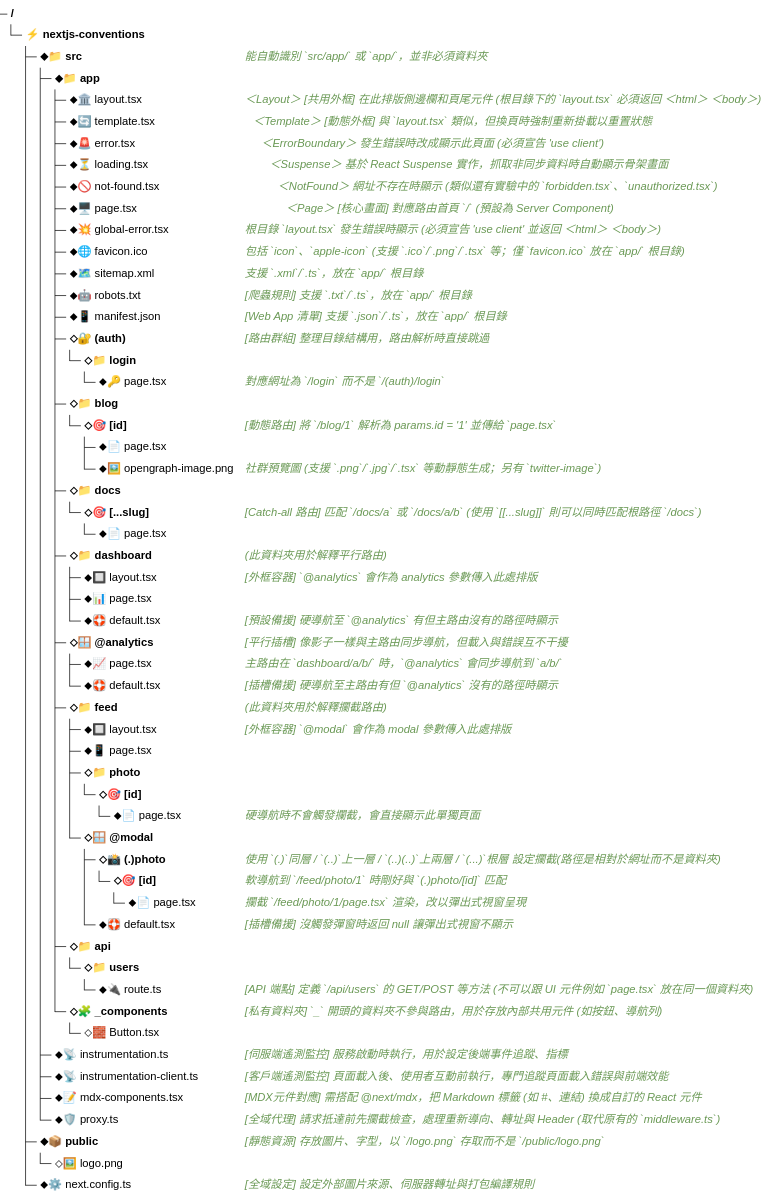
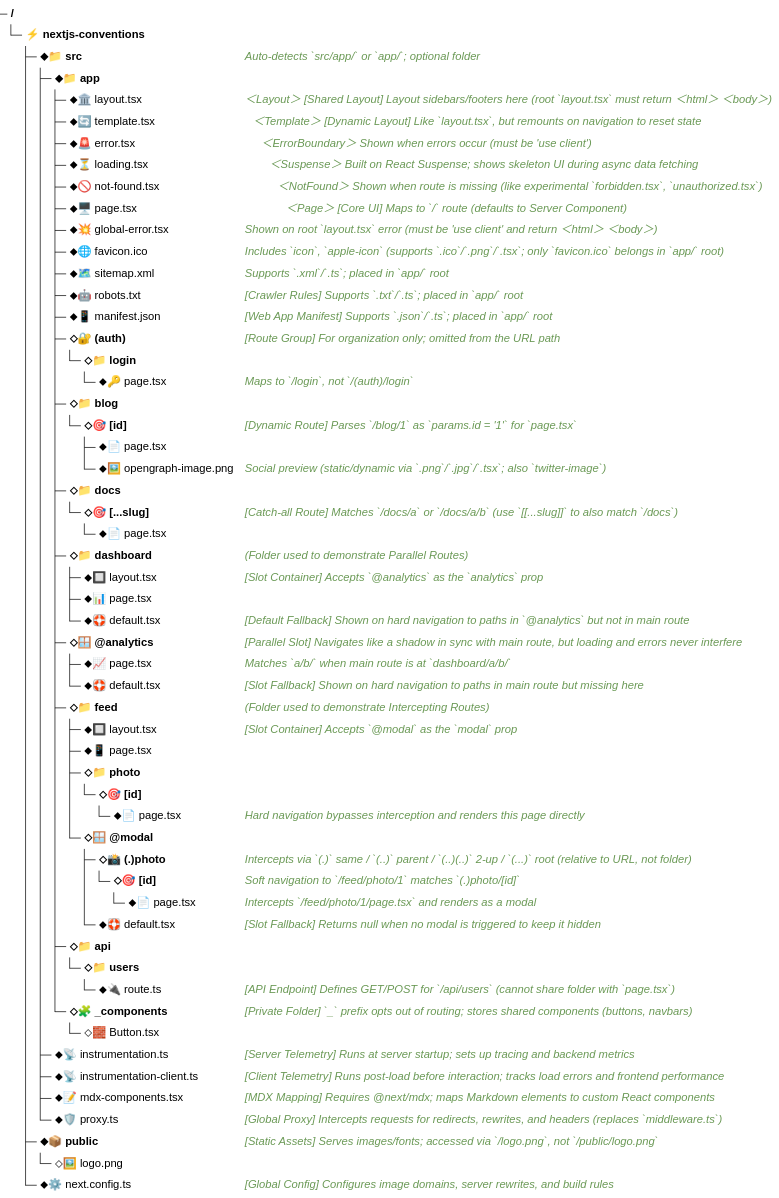
One commit to moonyoulove/nextjs-conventions-cheatsheet changed the diagram in README.md. Above: the diagram before and after it, drawn with Mermaid (neutral theme). The commit also changed other lines of this file and 2 other files, not shown here.

Commit message:
docs: swap README to English and add README_ZH-TW

````diff
--- a/README.md
+++ b/README.md
@@ -7,64 +7,64 @@
 ```mermaid
 ---
 config:
   treeView:
     showIcons: false
     rowIndent: 16
     paddingY: 6
 ---
 treeView-beta
 ⚡ nextjs-conventions/
-  ⬥📁 src/ ## 能自動識別 `src/app/` 或 `app/`，並非必須資料夾
+  ⬥📁 src/ ## Auto-detects `src/app/` or `app/`; optional folder
     ⬥📁 app/
-      ⬥🏛️ layout.tsx ## ＜Layout＞ [共用外框] 在此排版側邊欄和頁尾元件 (根目錄下的 `layout.tsx` 必須返回 ＜html＞ ＜body＞)
-      ⬥🔄 template.tsx ## ⠀＜Template＞ [動態外框] 與 `layout.tsx` 類似，但換頁時強制重新掛載以重置狀態
-      ⬥🚨 error.tsx ## ⠀⠀＜ErrorBoundary＞ 發生錯誤時改成顯示此頁面 (必須宣告 'use client')
-      ⬥⏳ loading.tsx ## ⠀⠀⠀＜Suspense＞ 基於 React Suspense 實作，抓取非同步資料時自動顯示骨架畫面
-      ⬥🚫 not-found.tsx ## ⠀⠀⠀⠀＜NotFound＞ 網址不存在時顯示 (類似還有實驗中的 `forbidden.tsx`、`unauthorized.tsx`)
-      ⬥🖥️ page.tsx ## ⠀⠀⠀⠀⠀＜Page＞ [核心畫面] 對應路由首頁 `/` (預設為 Server Component)
-      ⬥💥 global-error.tsx ## 根目錄 `layout.tsx` 發生錯誤時顯示 (必須宣告 'use client' 並返回 ＜html＞ ＜body＞)
-      ⬥🌐 favicon.ico ## 包括 `icon`、`apple-icon` (支援 `.ico`/`.png`/`.tsx` 等；僅 `favicon.ico` 放在 `app/` 根目錄)
-      ⬥🗺️ sitemap.xml ## 支援 `.xml`/`.ts`，放在 `app/` 根目錄
-      ⬥🤖 robots.txt ## [爬蟲規則] 支援 `.txt`/`.ts`，放在 `app/` 根目錄
-      ⬥📱 manifest.json ## [Web App 清單] 支援 `.json`/`.ts`，放在 `app/` 根目錄
-      ⬦🔐 (auth)/ ## [路由群組] 整理目錄結構用，路由解析時直接跳過
+      ⬥🏛️ layout.tsx ## ＜Layout＞ [Shared Layout] Layout sidebars/footers here (root `layout.tsx` must return ＜html＞ ＜body＞)
+      ⬥🔄 template.tsx ## ⠀＜Template＞ [Dynamic Layout] Like `layout.tsx`, but remounts on navigation to reset state
+      ⬥🚨 error.tsx ## ⠀⠀＜ErrorBoundary＞ Shown when errors occur (must be 'use client')
+      ⬥⏳ loading.tsx ## ⠀⠀⠀＜Suspense＞ Built on React Suspense; shows skeleton UI during async data fetching
+      ⬥🚫 not-found.tsx ## ⠀⠀⠀⠀＜NotFound＞ Shown when route is missing (like experimental `forbidden.tsx`, `unauthorized.tsx`)
+      ⬥🖥️ page.tsx ## ⠀⠀⠀⠀⠀＜Page＞ [Core UI] Maps to `/` route (defaults to Server Component)
+      ⬥💥 global-error.tsx ## Shown on root `layout.tsx` error (must be 'use client' and return ＜html＞ ＜body＞)
+      ⬥🌐 favicon.ico ## Includes `icon`, `apple-icon` (supports `.ico`/`.png`/`.tsx`; only `favicon.ico` belongs in `app/` root)
+      ⬥🗺️ sitemap.xml ## Supports `.xml`/`.ts`; placed in `app/` root
+      ⬥🤖 robots.txt ## [Crawler Rules] Supports `.txt`/`.ts`; placed in `app/` root
+      ⬥📱 manifest.json ## [Web App Manifest] Supports `.json`/`.ts`; placed in `app/` root
+      ⬦🔐 (auth)/ ## [Route Group] For organization only; omitted from the URL path
         ⬦📁 login/
-          ⬥🔑 page.tsx ## 對應網址為 `/login` 而不是 `/(auth)/login`
+          ⬥🔑 page.tsx ## Maps to `/login`, not `/(auth)/login`
       ⬦📁 blog/
-        ⬦🎯 [id]/ ## [動態路由] 將 `/blog/1` 解析為 params.id = '1' 並傳給 `page.tsx`
+        ⬦🎯 [id]/ ## [Dynamic Route] Parses `/blog/1` as `params.id = '1'` for `page.tsx`
           ⬥📄 page.tsx
-          ⬥🖼️ opengraph-image.png ## 社群預覽圖 (支援 `.png`/`.jpg`/`.tsx` 等動靜態生成；另有 `twitter-image`)
+          ⬥🖼️ opengraph-image.png ## Social preview (static/dynamic via `.png`/`.jpg`/`.tsx`; also `twitter-image`)
       ⬦📁 docs/
-        ⬦🎯 [...slug]/ ## [Catch-all 路由] 匹配 `/docs/a` 或 `/docs/a/b` (使用 `[[...slug]]` 則可以同時匹配根路徑 `/docs`)
+        ⬦🎯 [...slug]/ ## [Catch-all Route] Matches `/docs/a` or `/docs/a/b` (use `[[...slug]]` to also match `/docs`)
           ⬥📄 page.tsx
-      ⬦📁 dashboard/ ## (此資料夾用於解釋平行路由)
-        ⬥🔲 layout.tsx ## [外框容器] `@analytics` 會作為 analytics 參數傳入此處排版
+      ⬦📁 dashboard/ ## (Folder used to demonstrate Parallel Routes)
+        ⬥🔲 layout.tsx ## [Slot Container] Accepts `@analytics` as the `analytics` prop
         ⬥📊 page.tsx
-        ⬥🛟 default.tsx ## [預設備援] 硬導航至 `@analytics` 有但主路由沒有的路徑時顯示
-      ⬦🪟 @analytics/ ## [平行插槽] 像影子一樣與主路由同步導航，但載入與錯誤互不干擾
-          ⬥📈 page.tsx ## 主路由在 `dashboard/a/b/` 時，`@analytics` 會同步導航到 `a/b/`
-          ⬥🛟 default.tsx ## [插槽備援] 硬導航至主路由有但 `@analytics` 沒有的路徑時顯示
-      ⬦📁 feed/ ## (此資料夾用於解釋攔截路由)
-        ⬥🔲 layout.tsx ## [外框容器] `@modal` 會作為 modal 參數傳入此處排版
+        ⬥🛟 default.tsx ## [Default Fallback] Shown on hard navigation to paths in `@analytics` but not in main route
+      ⬦🪟 @analytics/ ## [Parallel Slot] Navigates like a shadow in sync with main route, but loading and errors never interfere
+          ⬥📈 page.tsx ## Matches `a/b/` when main route is at `dashboard/a/b/`
+          ⬥🛟 default.tsx ## [Slot Fallback] Shown on hard navigation to paths in main route but missing here
+      ⬦📁 feed/ ## (Folder used to demonstrate Intercepting Routes)
+        ⬥🔲 layout.tsx ## [Slot Container] Accepts `@modal` as the `modal` prop
         ⬥📱 page.tsx
         ⬦📁 photo/
           ⬦🎯 [id]/
-            ⬥📄 page.tsx ## 硬導航時不會觸發攔截，會直接顯示此單獨頁面
+            ⬥📄 page.tsx ## Hard navigation bypasses interception and renders this page directly
         ⬦🪟 @modal/
-          ⬦📸 (.)photo/ ## 使用 `(.)`同層 / `(..)`上一層 / `(..)(..)`上兩層 / `(...)`根層 設定攔截(路徑是相對於網址而不是資料夾)
-            ⬦🎯 [id]/ ## 軟導航到 `/feed/photo/1` 時剛好與 `(.)photo/[id]` 匹配
-              ⬥📄 page.tsx ## 攔截 `/feed/photo/1/page.tsx` 渲染，改以彈出式視窗呈現
-          ⬥🛟 default.tsx ## [插槽備援] 沒觸發彈窗時返回 null 讓彈出式視窗不顯示
+          ⬦📸 (.)photo/ ## Intercepts via `(.)` same / `(..)` parent / `(..)(..)` 2-up / `(...)` root (relative to URL, not folder)
+            ⬦🎯 [id]/ ## Soft navigation to `/feed/photo/1` matches `(.)photo/[id]`
+              ⬥📄 page.tsx ## Intercepts `/feed/photo/1/page.tsx` and renders as a modal
+          ⬥🛟 default.tsx ## [Slot Fallback] Returns null when no modal is triggered to keep it hidden
       ⬦📁 api/
         ⬦📁 users/
-          ⬥🔌 route.ts ## [API 端點] 定義 `/api/users` 的 GET/POST 等方法 (不可以跟 UI 元件例如 `page.tsx` 放在同一個資料夾)
-      ⬦🧩 _components/ ## [私有資料夾] `_` 開頭的資料夾不參與路由，用於存放內部共用元件 (如按鈕、導航列)
+          ⬥🔌 route.ts ## [API Endpoint] Defines GET/POST for `/api/users` (cannot share folder with `page.tsx`)
+      ⬦🧩 _components/ ## [Private Folder] `_` prefix opts out of routing; stores shared components (buttons, navbars)
         ⬦🧱 Button.tsx
-    ⬥📡 instrumentation.ts ## [伺服端遙測監控] 服務啟動時執行，用於設定後端事件追蹤、指標
-    ⬥📡 instrumentation-client.ts ## [客戶端遙測監控] 頁面載入後、使用者互動前執行，專門追蹤頁面載入錯誤與前端效能
-    ⬥📝 mdx-components.tsx ## [MDX元件對應] 需搭配 @next/mdx，把 Markdown 標籤 (如 #、連結) 換成自訂的 React 元件
-    ⬥🛡️ proxy.ts ## [全域代理] 請求抵達前先攔截檢查，處理重新導向、轉址與 Header (取代原有的 `middleware.ts`)
-  ⬥📦 public/ ## [靜態資源] 存放圖片、字型，以 `/logo.png` 存取而不是 `/public/logo.png`
+    ⬥📡 instrumentation.ts ## [Server Telemetry] Runs at server startup; sets up tracing and backend metrics
+    ⬥📡 instrumentation-client.ts ## [Client Telemetry] Runs post-load before interaction; tracks load errors and frontend performance
+    ⬥📝 mdx-components.tsx ## [MDX Mapping] Requires @next/mdx; maps Markdown elements to custom React components
+    ⬥🛡️ proxy.ts ## [Global Proxy] Intercepts requests for redirects, rewrites, and headers (replaces `middleware.ts`)
+  ⬥📦 public/ ## [Static Assets] Serves images/fonts; accessed via `/logo.png`, not `/public/logo.png`
     ⬦🖼️ logo.png
-  ⬥⚙️ next.config.ts ## [全域設定] 設定外部圖片來源、伺服器轉址與打包編譯規則
+  ⬥⚙️ next.config.ts ## [Global Config] Configures image domains, server rewrites, and build rules
 ```
````
